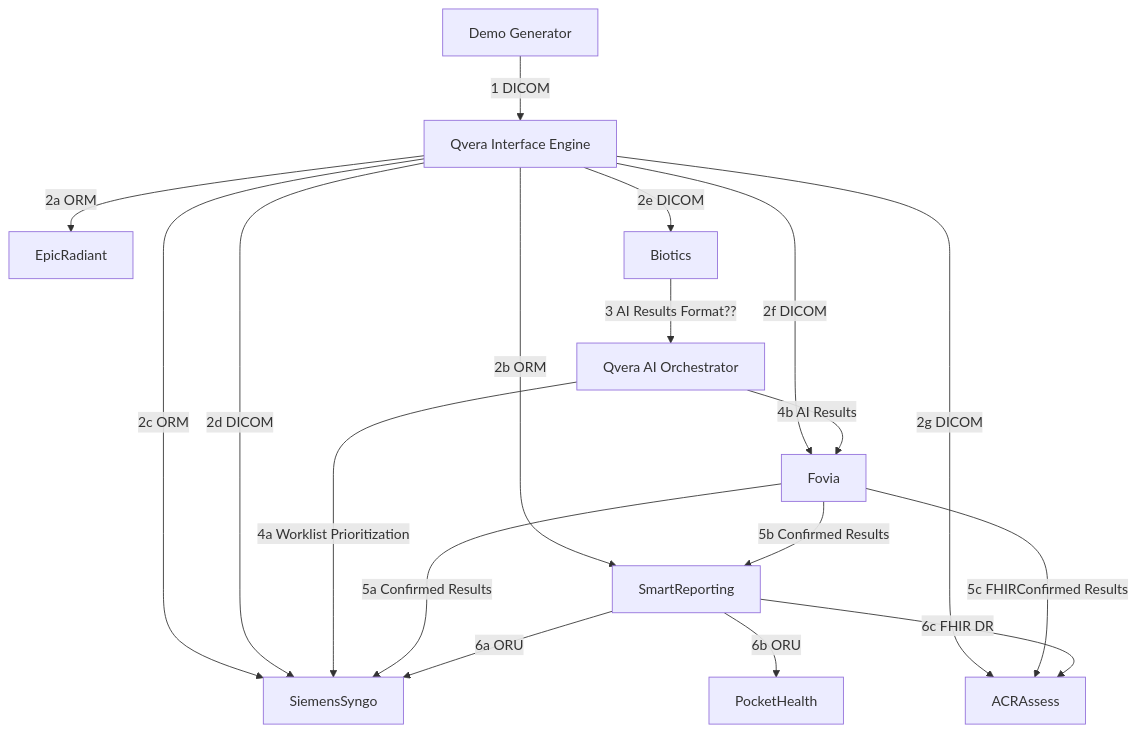
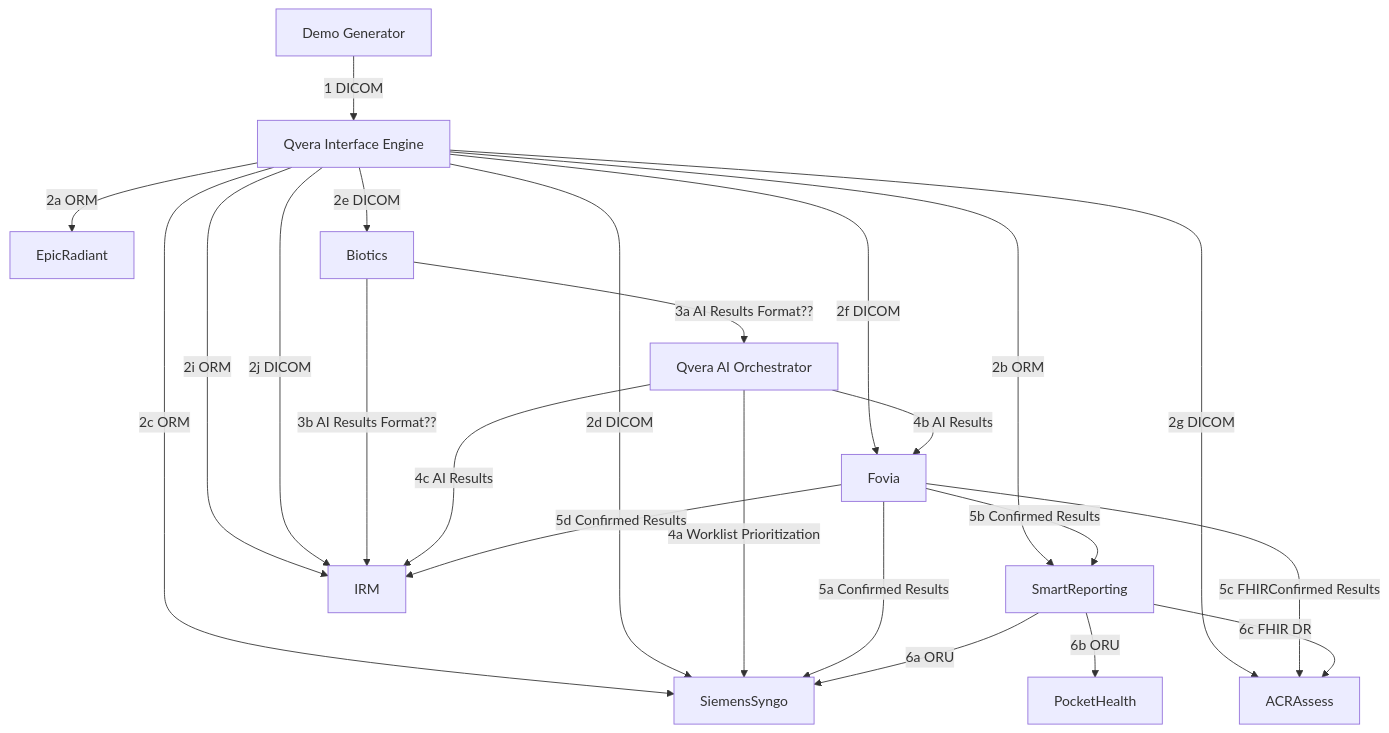
The diagram in curie/diagram-ob-us.md (mohannadhussain/rsna-2024-rr-demo), drawn with Mermaid before and after one commit.

````diff
--- a/curie/diagram-ob-us.md
+++ b/curie/diagram-ob-us.md
@@ -4,25 +4,30 @@
 ```mermaid
 flowchart TD
     Generator[Demo Generator] --> |1 DICOM| QveraIE[Qvera Interface Engine]
 
     QveraIE --> |2a ORM| EpicRadiant
     QveraIE --> |2b ORM| SmartReporting
     QveraIE --> |2c ORM| SiemensSyngo
     QveraIE --> |2d DICOM| SiemensSyngo
     QveraIE --> |2e DICOM| Biotics
     QveraIE --> |2f DICOM| Fovia
     QveraIE --> |2g DICOM| ACRAssess
+    QveraIE --> |2i ORM| IRM
+    QveraIE --> |2j DICOM| IRM
     
-    Biotics --> |3 AI Results Format??| QveraAIO[Qvera AI Orchestrator]
+    Biotics --> |3a AI Results Format??| QveraAIO[Qvera AI Orchestrator]
+    Biotics --> |3b AI Results Format??| IRM
 
     QveraAIO --> |4a Worklist Prioritization| SiemensSyngo
     QveraAIO --> |4b AI Results| Fovia
+    QveraAIO --> |4c AI Results| IRM
 
     Fovia --> |5a Confirmed Results| SiemensSyngo
     Fovia --> |5b Confirmed Results| SmartReporting
     Fovia --> |5c FHIRConfirmed Results| ACRAssess
+    Fovia --> |5d Confirmed Results| IRM
 
     SmartReporting --> |6a ORU| SiemensSyngo
     SmartReporting --> |6b ORU| PocketHealth
     SmartReporting --> |6c FHIR DR| ACRAssess
 ```
````
